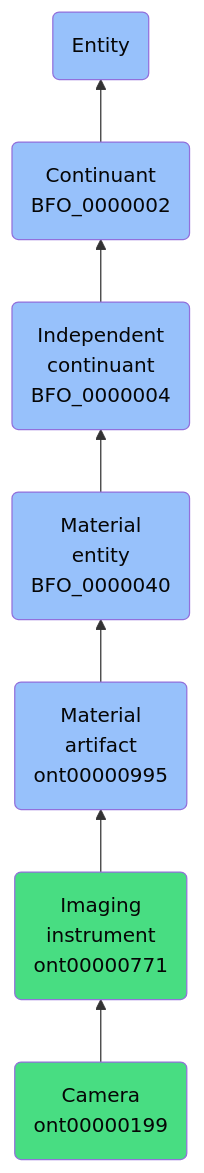
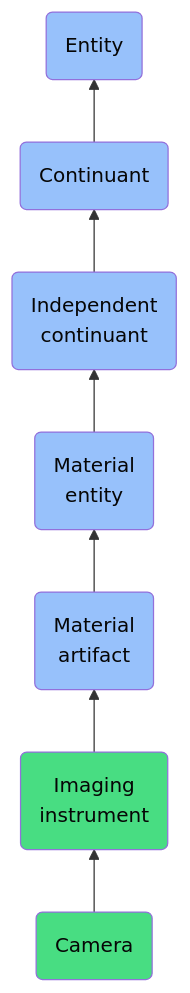
One commit to jupyter-naas/abi changed the diagram in docs/ontology/reference/model/Entity/Continuant/Independent continuant/Material entity/Material artifact/Imaging instrument/Camera/Camera.md. Above: the diagram before and after it, drawn with Mermaid. The commit also changed other lines of this file and 1430 other files, not shown here.

````diff
--- a/docs/ontology/reference/model/Entity/Continuant/Independent continuant/Material entity/Material artifact/Imaging instrument/Camera/Camera.md
+++ b/docs/ontology/reference/model/Entity/Continuant/Independent continuant/Material entity/Material artifact/Imaging instrument/Camera/Camera.md
@@ -24,14 +24,14 @@
 ```mermaid
 graph BT
-    ont00000199(Camera<br>ont00000199):::ABI-->ont00000771
-    ont00000771(Imaging<br>instrument<br>ont00000771):::ABI-->ont00000995
-    ont00000995(Material<br>artifact<br>ont00000995):::BFO-->BFO_0000040
-    BFO_0000040(Material<br>entity<br>BFO_0000040):::BFO-->BFO_0000004
-    BFO_0000004(Independent<br>continuant<br>BFO_0000004):::BFO-->BFO_0000002
-    BFO_0000002(Continuant<br>BFO_0000002):::BFO-->BFO_0000001
+    ont00000199(Camera):::ABI-->ont00000771
+    ont00000771(Imaging<br>instrument):::ABI-->ont00000995
+    ont00000995(Material<br>artifact):::BFO-->BFO_0000040
+    BFO_0000040(Material<br>entity):::BFO-->BFO_0000004
+    BFO_0000004(Independent<br>continuant):::BFO-->BFO_0000002
+    BFO_0000002(Continuant):::BFO-->BFO_0000001
     BFO_0000001(Entity):::BFO
     
     classDef BFO fill:#97c1fb,color:#060606
     classDef CCO fill:#e4c51e,color:#060606
     classDef ABI fill:#48DD82,color:#060606
 ```
````
